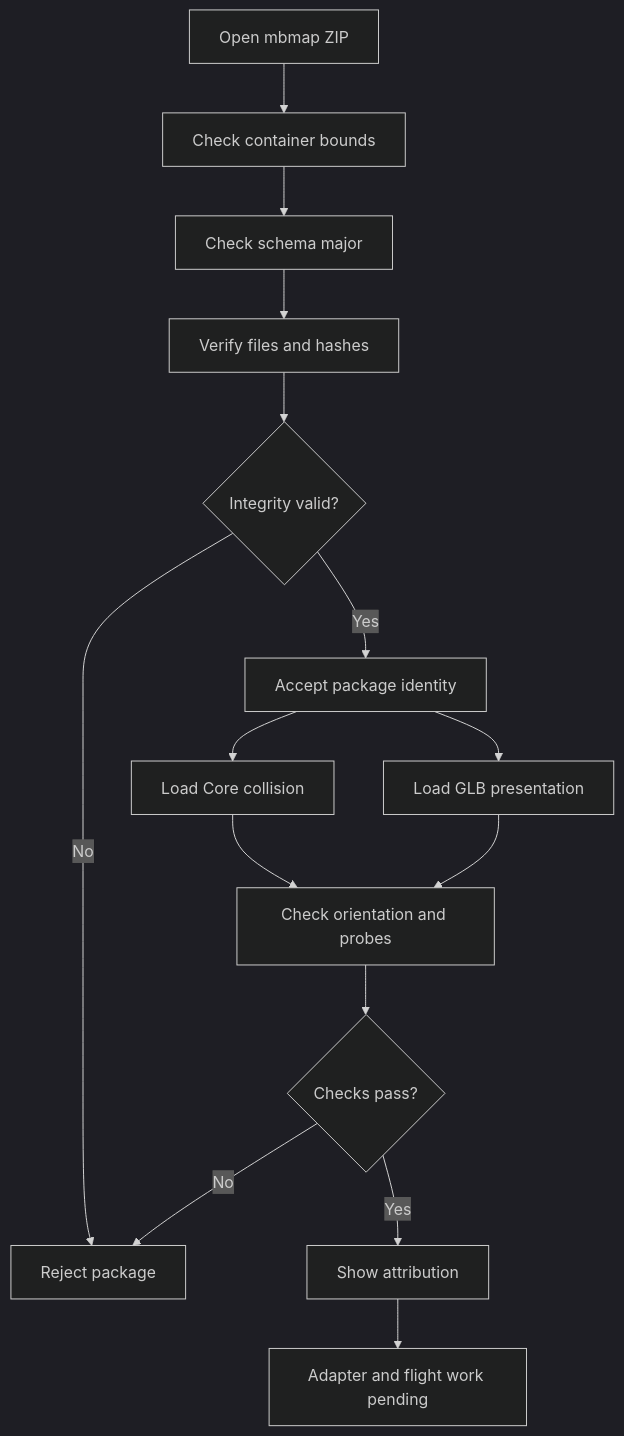
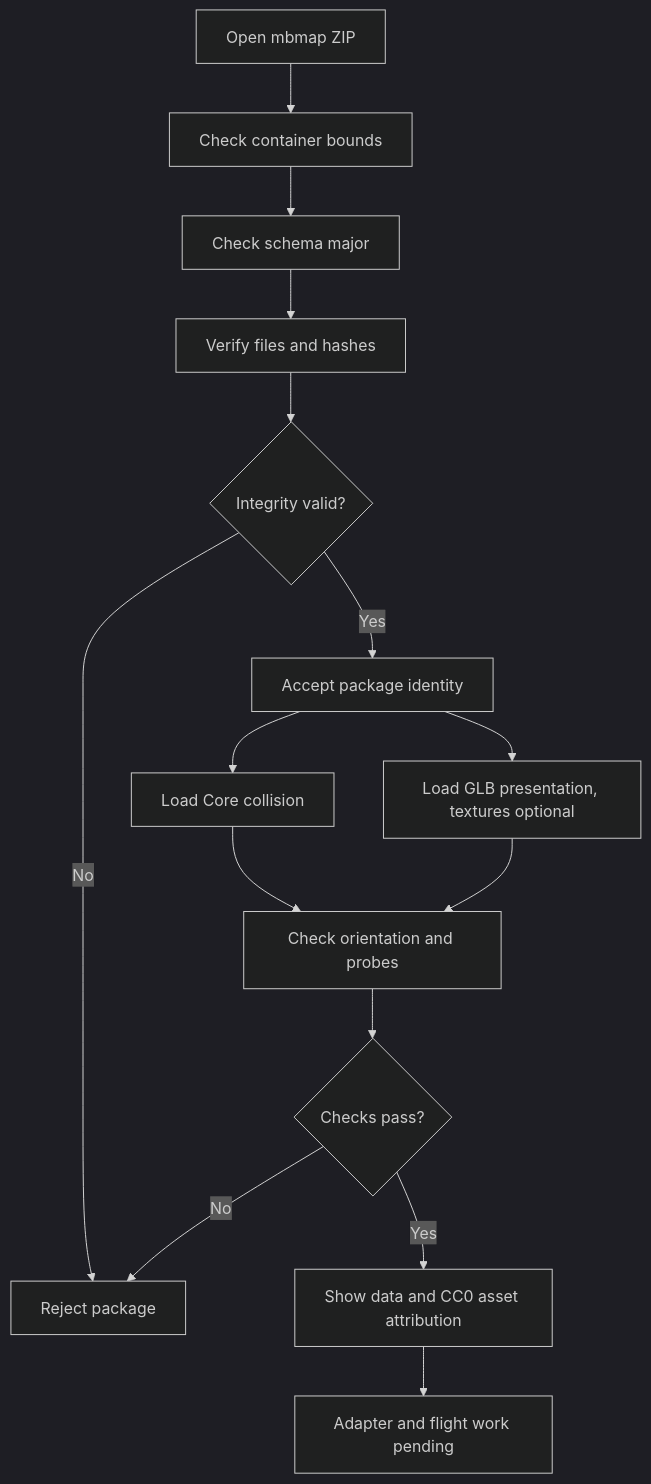
Before and after one commit to lingshf/map-builder: the diagram in docs/flows/consumer.md, drawn with Mermaid (dark theme). The commit also changed other lines of this file and 50 other files, not shown here.

````diff
--- a/docs/flows/consumer.md
+++ b/docs/flows/consumer.md
@@ -6,17 +8,17 @@
 ```mermaid
 flowchart TD
   A[Open mbmap ZIP] --> B[Check container bounds]
   B --> C[Check schema major]
   C --> D[Verify files and hashes]
   D --> E{Integrity valid?}
   E -->|No| F[Reject package]
   E -->|Yes| G[Accept package identity]
   G --> H[Load Core collision]
-  G --> I[Load GLB presentation]
+  G --> I[Load GLB presentation, textures optional]
   H --> J[Check orientation and probes]
   I --> J
   J --> K{Checks pass?}
   K -->|No| F
-  K -->|Yes| L[Show attribution]
+  K -->|Yes| L[Show data and CC0 asset attribution]
   L --> M[Adapter and flight work pending]
 ```
````
